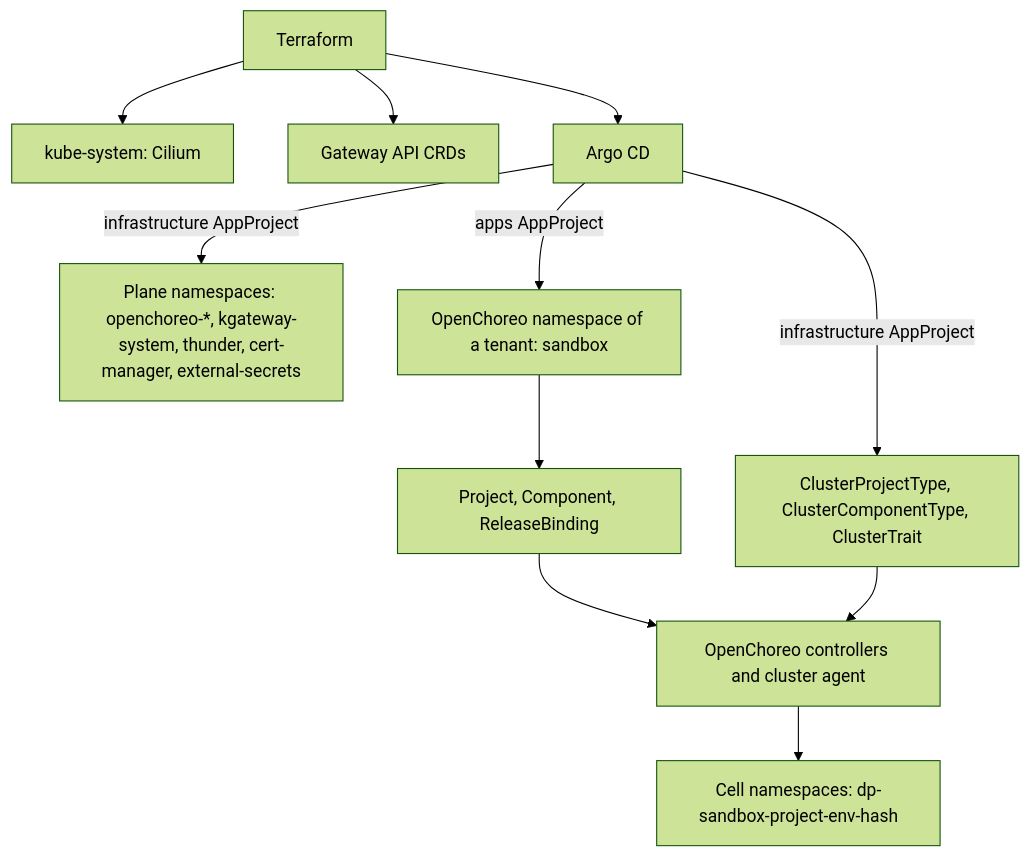
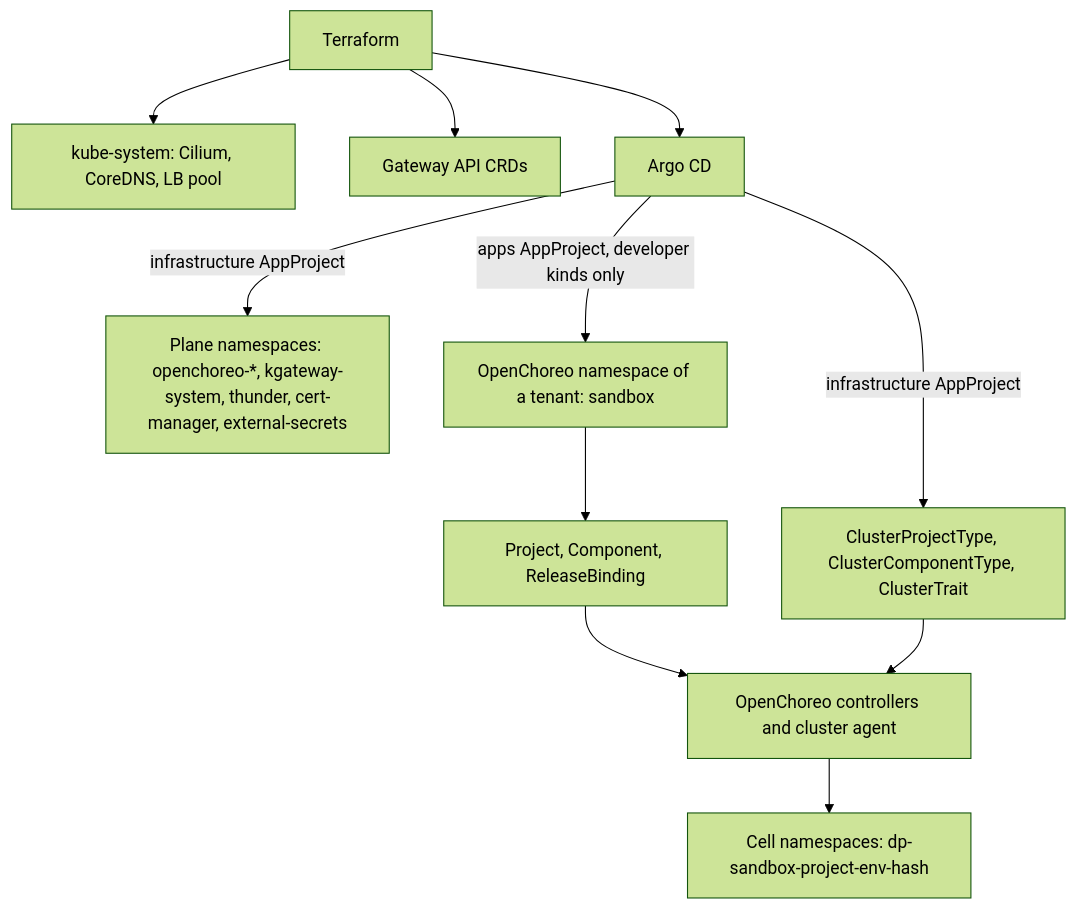
The second of 2 diagrams in docs/records/rfcs/0007-openchoreo-platform.md (gsuquet/homelab), drawn with Mermaid (forest theme) before and after one commit. The commit also changed other lines of this file, not shown here.

````diff
--- a/docs/records/rfcs/0007-openchoreo-platform.md
+++ b/docs/records/rfcs/0007-openchoreo-platform.md
@@ -276,13 +282,13 @@
 ```mermaid
 flowchart TD
-    TF[Terraform] --> KS[kube-system: Cilium]
+    TF[Terraform] --> KS[kube-system: Cilium, CoreDNS, LB pool]
     TF --> GWC[Gateway API CRDs]
     TF --> ACD[Argo CD]
     ACD -->|infrastructure AppProject| ON[Plane namespaces: openchoreo-*, kgateway-system, thunder, cert-manager, external-secrets]
     ACD -->|infrastructure AppProject| CPT[ClusterProjectType, ClusterComponentType, ClusterTrait]
-    ACD -->|apps AppProject| TN[OpenChoreo namespace of a tenant: sandbox]
+    ACD -->|apps AppProject, developer kinds only| TN[OpenChoreo namespace of a tenant: sandbox]
     TN --> PRJ[Project, Component, ReleaseBinding]
     PRJ --> OC[OpenChoreo controllers and cluster agent]
     CPT --> OC
     OC --> CELL[Cell namespaces: dp-sandbox-project-env-hash]
 ```
````
